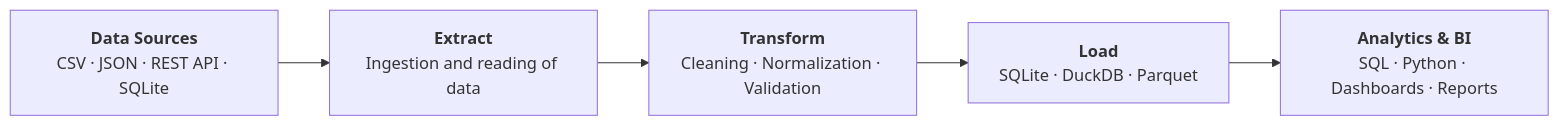
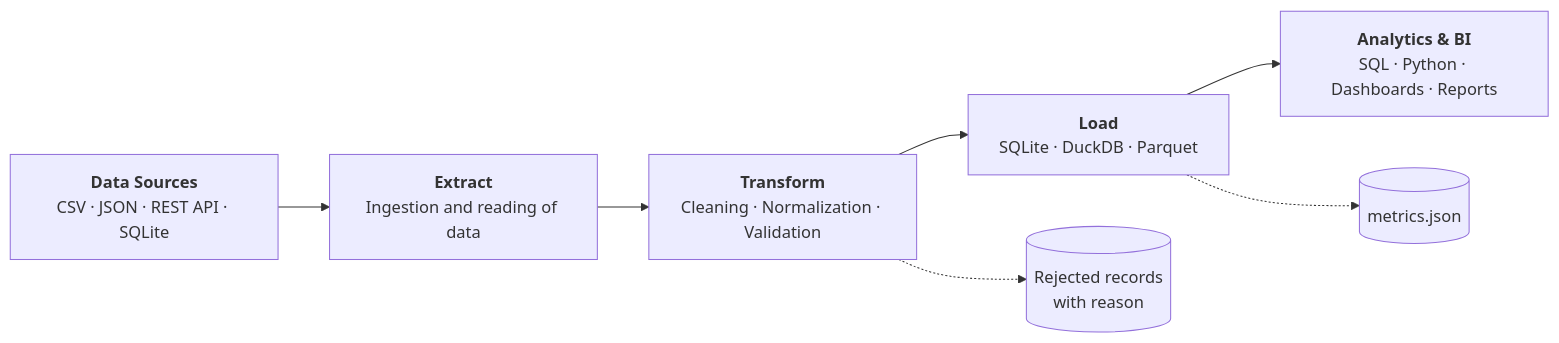
One commit to rolandcipher/data-pipelines changed the diagram in README.md. Above: the diagram before and after it, drawn with Mermaid. The commit also changed other lines of this file and 18 other files, not shown here.

````diff
--- a/README.md
+++ b/README.md
@@ -21,9 +61,11 @@
 ```mermaid
 flowchart LR
     A["<b>Data Sources</b><br/>CSV · JSON · REST API · SQLite"]
     B["<b>Extract</b><br/>Ingestion and reading of data"]
     C["<b>Transform</b><br/>Cleaning · Normalization · Validation"]
     D["<b>Load</b><br/>SQLite · DuckDB · Parquet"]
     E["<b>Analytics & BI</b><br/>SQL · Python · Dashboards · Reports"]
     A --> B --> C --> D --> E
+    C -.-> R[("Rejected records<br/>with reason")]
+    D -.-> M[("metrics.json")]
 ```
````
